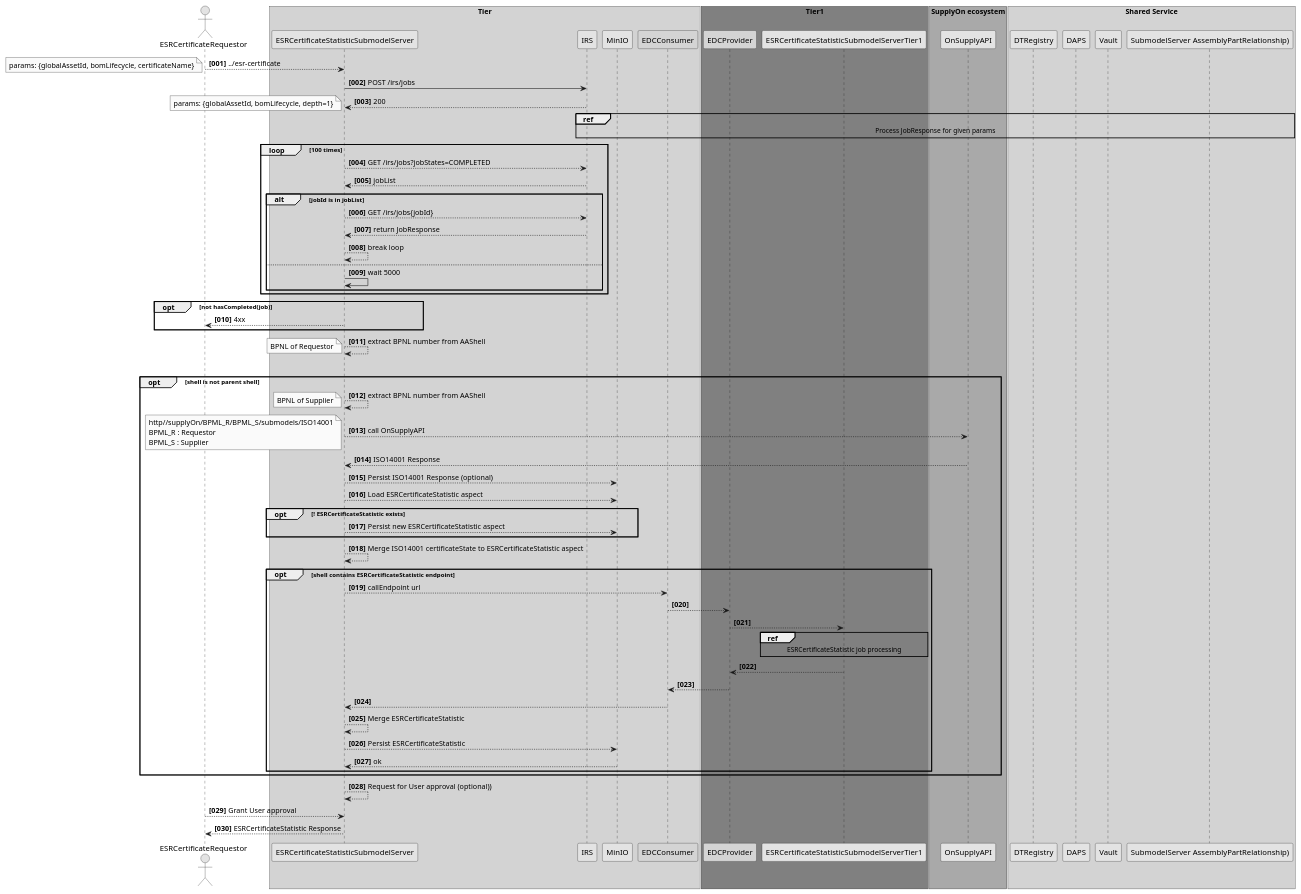
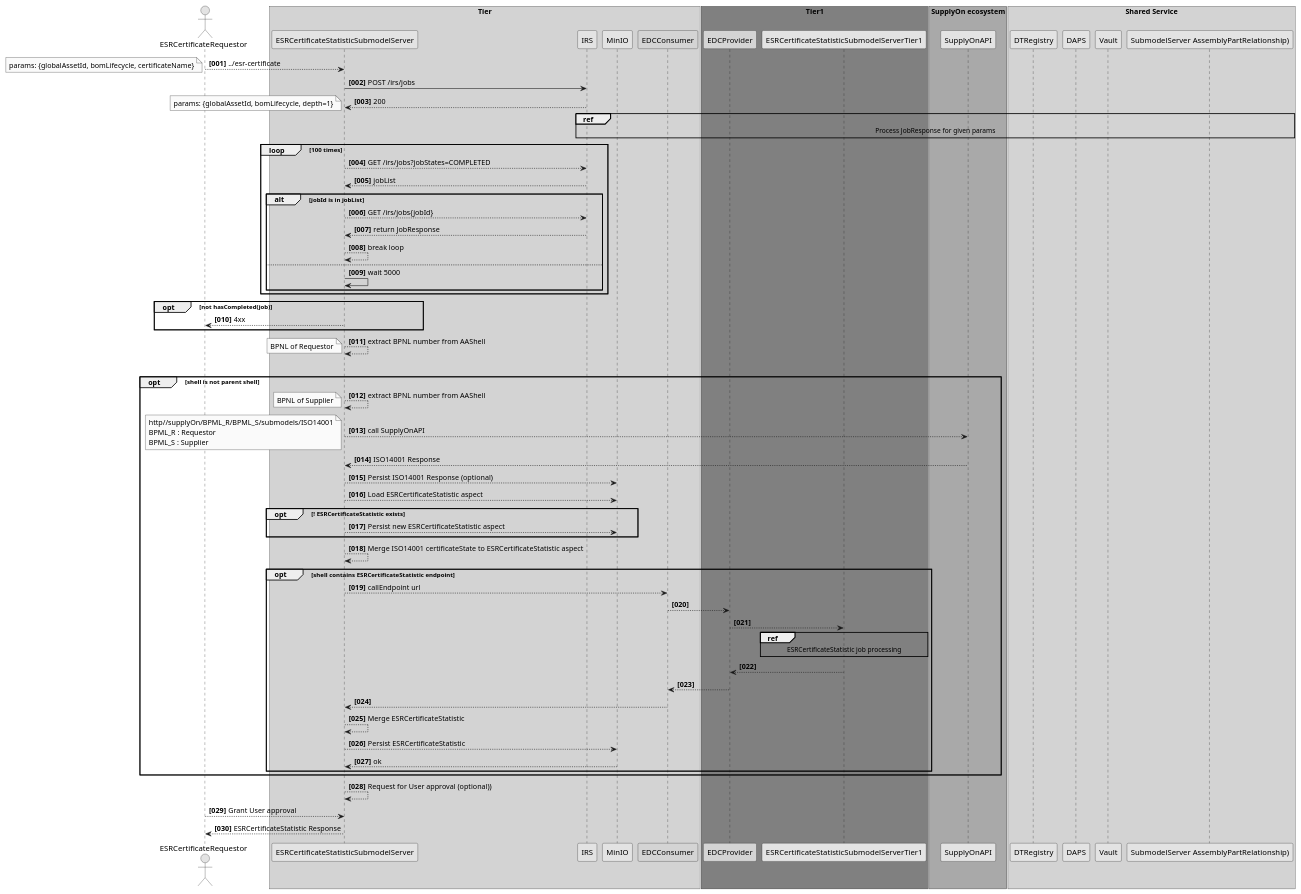
One commit to eclipse-tractusx/item-relationship-service changed the diagram in uml-diagrams/spike/esr-certificates/esr-certificate-sequence-traverse_childs.puml. Above: the diagram before and after it, drawn with PlantUML. The commit also changed 1 other file, not shown here.

Commit message:
chore(uml):[TRI-414] change OnSupply to SupplyOn

```diff
--- a/uml-diagrams/spike/esr-certificates/esr-certificate-sequence-traverse_childs.puml
+++ b/uml-diagrams/spike/esr-certificates/esr-certificate-sequence-traverse_childs.puml
@@ -1,110 +1,110 @@
 @startuml
 skinparam monochrome true
 skinparam shadowing false
 
 autonumber "<b>[000]"
 
 actor "ESRCertificateRequestor" as User
 
 box "Tier" #LightGrey
 participant ESRCertificateStatisticSubmodelServer as ESRSubServer
 participant IRS as IRS
 participant MinIO as MinIO
 participant "EDCConsumer" as EDCConsumer #99FF99
 end box
 
 box "Tier1" #Grey
 participant "EDCProvider" as EDCProvider #99FF99
 participant ESRCertificateStatisticSubmodelServerTier1 as ESRSubServerTier1
 end box
 
 User --> ESRSubServer: ../esr-certificate
 note left
 params: {globalAssetId, bomLifecycle, certificateName}
 end note
 ESRSubServer -> IRS : POST /irs/jobs
 ESRSubServer <-- IRS : 200
 note left
 params: {globalAssetId, bomLifecycle, depth=1}
 end note
 ref over IRS, DTRegistry, DAPS, "SubmodelServer AssemblyPartRelationship)"
     Process JobResponse for given params
 end ref
 loop 100 times
     ESRSubServer --> IRS: GET /irs/jobs?jobStates=COMPLETED
     ESRSubServer <-- IRS: jobList
     alt jobId is in jobList
         ESRSubServer --> IRS: GET /irs/jobs{jobId}
         ESRSubServer <-- IRS: return JobResponse
         ESRSubServer --> ESRSubServer: break loop
      else
         ESRSubServer -> ESRSubServer : wait 5000
     end alt
 end loop
 opt not hasCompleted(job)
     User <--  ESRSubServer : 4xx
 end opt
 
 ESRSubServer --> ESRSubServer: extract BPNL number from AAShell
 note left
     BPNL of Requestor
 end note
 
 loop for each shell()
 opt  shell is not parent shell
    ESRSubServer --> ESRSubServer : extract BPNL number from AAShell
    note left
        BPNL of Supplier
    end note
 
-ESRSubServer -->  OnSupplyAPI : call OnSupplyAPI 
+ESRSubServer -->  SupplyOnAPI : call SupplyOnAPI
 note left
     http//supplyOn/BPML_R/BPML_S/submodels/ISO14001
     BPML_R : Requestor
     BPML_S : Supplier
 end note
-ESRSubServer <--  OnSupplyAPI : ISO14001 Response
+ESRSubServer <--  SupplyOnAPI : ISO14001 Response
 ESRSubServer --> MinIO : Persist ISO14001 Response (optional)
 ESRSubServer --> MinIO : Load ESRCertificateStatistic aspect
 opt ! ESRCertificateStatistic exists
     ESRSubServer --> MinIO : Persist new ESRCertificateStatistic aspect
 end opt
 ESRSubServer --> ESRSubServer : Merge ISO14001 certificateState to ESRCertificateStatistic aspect
 
 opt shell contains ESRCertificateStatistic endpoint
     ESRSubServer --> EDCConsumer :  callEndpoint url
     EDCConsumer --> EDCProvider
     EDCProvider --> ESRSubServerTier1
     ref over ESRSubServerTier1
         ESRCertificateStatistic job processing
     end ref
     EDCProvider <-- ESRSubServerTier1
     EDCConsumer <-- EDCProvider
     ESRSubServer <-- EDCConsumer
     ESRSubServer --> ESRSubServer : Merge ESRCertificateStatistic
     ESRSubServer --> MinIO : Persist ESRCertificateStatistic
     ESRSubServer <-- MinIO : ok
 end opt
 
 
 
 end loop
 
 ESRSubServer --> ESRSubServer : Request for User approval (optional))
 User -->  ESRSubServer: Grant User approval
 
 box "SupplyOn ecosystem" #DarkGrey
-participant OnSupplyAPI
+participant SupplyOnAPI
 end box
 
 box "Shared Service" #LightGrey
 
 participant DTRegistry
 participant DAPS
 participant Vault
 participant "SubmodelServer AssemblyPartRelationship)"
 end box
 
 User <-- ESRSubServer: ESRCertificateStatistic Response
 
 @enduml
```
